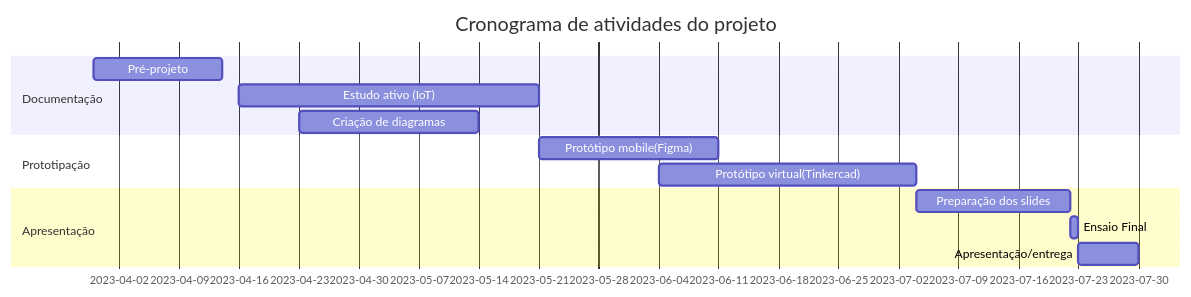
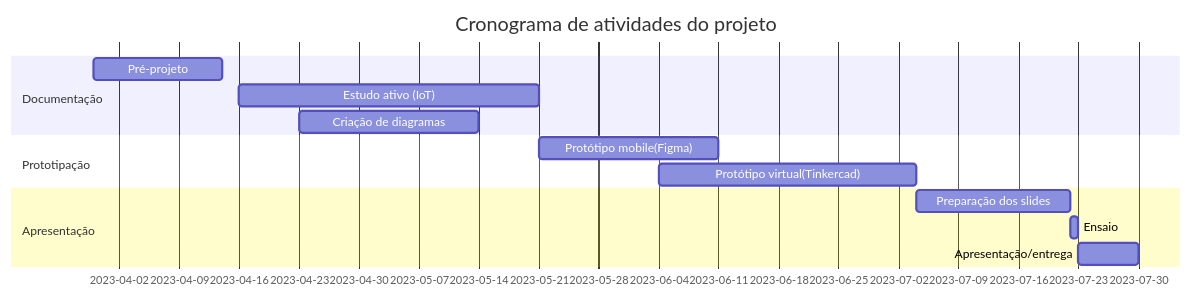
The diagram in README.md (AgathaSena/Projeto-Integrador-II), drawn with Mermaid before and after one commit.

````diff
--- a/README.md
+++ b/README.md
@@ -4,16 +4,16 @@
  ```mermaid
     gantt
     title Cronograma de atividades do projeto
     dateFormat  YYYY-MM-DD
     section Documentação
     Pré-projeto     :a1,  2023-03-30, 15d
     Estudo ativo (IoT)   :a2, 2023-04-16, 35d
     Criação de diagramas     :c3,  2023-04-23, 21d
     section Prototipação
     Protótipo mobile(Figma)      :c1, after a2, 21d
     Protótipo virtual(Tinkercad)      :c2,  2023-06-04, 30d
     section Apresentação
     Preparação dos slides :p1, 2023-07-04, 18d
-    Ensaio Final :p2, after p1, 01d
+    Ensaio :p2, after p1, 01d
     Apresentação/entrega  :p3, after p2, 07d
 ``` 
````
